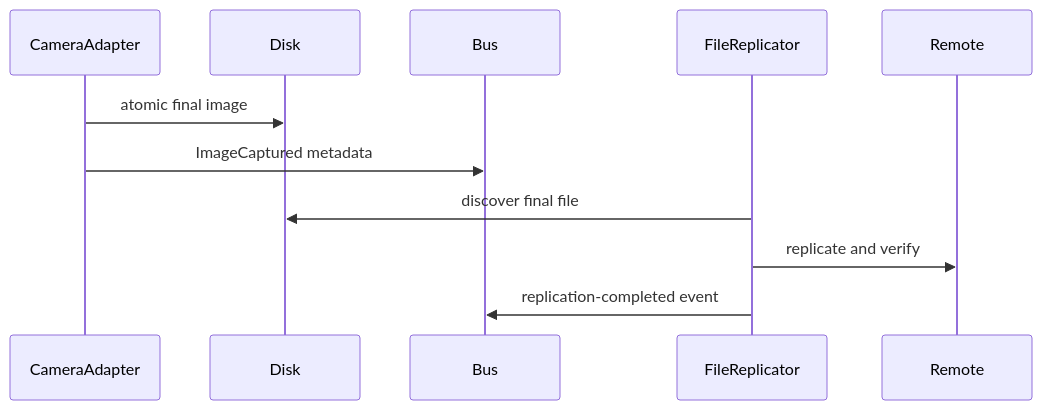
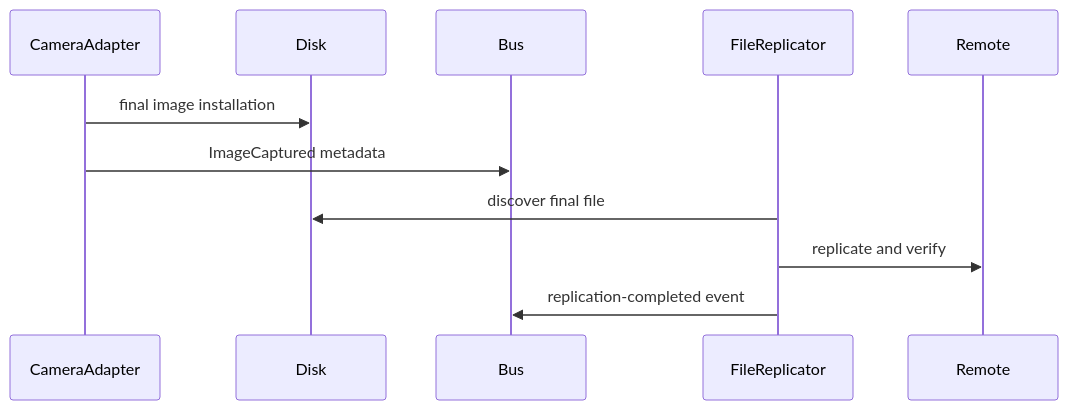
One commit to edgecommons/camera-adapter changed diagram 15 of 15 in DESIGN.md. Above: the diagram before and after it, drawn with Mermaid. The commit also changed other lines of this file and 75 other files, not shown here.

Commit message:
feat(camera-adapter): implement camera adapter

````diff
--- a/DESIGN.md
+++ b/DESIGN.md
@@ -2083,14 +2090,14 @@
 ```mermaid
 sequenceDiagram
   participant CameraAdapter
   participant Disk
   participant Bus
   participant FileReplicator
   participant Remote
 
-  CameraAdapter->>Disk: atomic final image
+  CameraAdapter->>Disk: final image installation
   CameraAdapter->>Bus: ImageCaptured metadata
   FileReplicator->>Disk: discover final file
   FileReplicator->>Remote: replicate and verify
   FileReplicator->>Bus: replication-completed event
 ```
````
